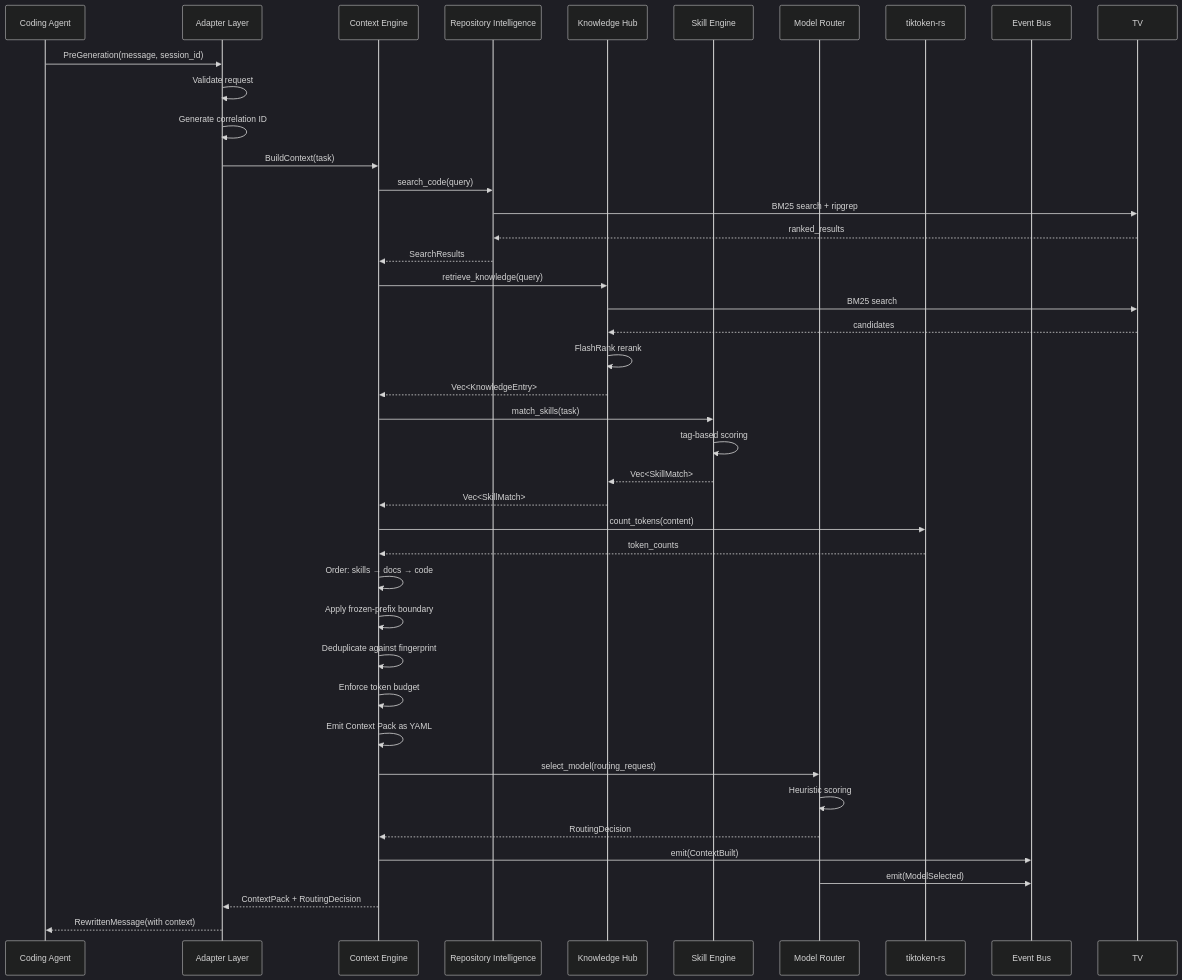
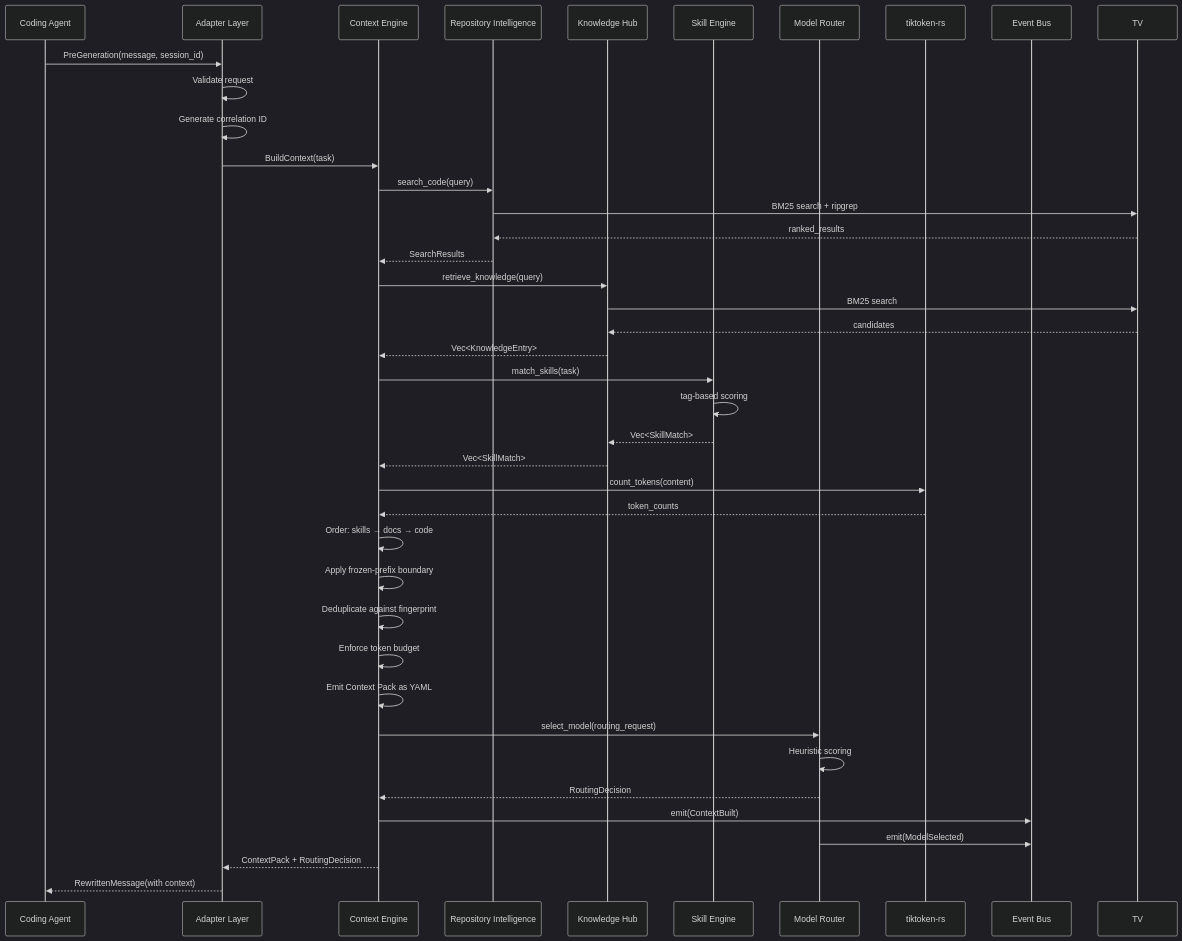
The second of 11 diagrams in docs/01-architecture/DATA_FLOW.md (leonortega/coderun), drawn with Mermaid (dark theme) before and after one commit. The commit also changed other lines of this file and 33 other files, not shown here.

First line of the commit message:
feat(retrieval): PascalCase splitting, symbol indexing, path tokenization + remove FlashRank

````diff
--- a/docs/01-architecture/DATA_FLOW.md
+++ b/docs/01-architecture/DATA_FLOW.md
@@ -78,53 +78,52 @@
 ```mermaid
 sequenceDiagram
     participant Agent as Coding Agent
     participant AD as Adapter Layer
     participant CE as Context Engine
     participant RI as Repository Intelligence
     participant KH as Knowledge Hub
     participant SE as Skill Engine
     participant MR as Model Router
     participant TC as tiktoken-rs
     participant EB as Event Bus
 
     Agent->>AD: PreGeneration(message, session_id)
     AD->>AD: Validate request
     AD->>AD: Generate correlation ID
 
     AD->>CE: BuildContext(task)
 
     CE->>RI: search_code(query)
     RI->>TV: BM25 search + ripgrep
     TV-->>RI: ranked_results
     RI-->>CE: SearchResults
 
     CE->>KH: retrieve_knowledge(query)
     KH->>TV: BM25 search
     TV-->>KH: candidates
-    KH->>KH: FlashRank rerank
     KH-->>CE: Vec<KnowledgeEntry>
 
     CE->>SE: match_skills(task)
     SE->>SE: tag-based scoring
     SE-->>KH: Vec<SkillMatch>
     KH-->>CE: Vec<SkillMatch>
 
     CE->>TC: count_tokens(content)
     TC-->>CE: token_counts
 
     CE->>CE: Order: skills → docs → code
     CE->>CE: Apply frozen-prefix boundary
     CE->>CE: Deduplicate against fingerprint
     CE->>CE: Enforce token budget
     CE->>CE: Emit Context Pack as YAML
 
     CE->>MR: select_model(routing_request)
     MR->>MR: Heuristic scoring
     MR-->>CE: RoutingDecision
 
     CE->>EB: emit(ContextBuilt)
     MR->>EB: emit(ModelSelected)
 
     CE-->>AD: ContextPack + RoutingDecision
     AD-->>Agent: RewrittenMessage(with context)
 ```
````
